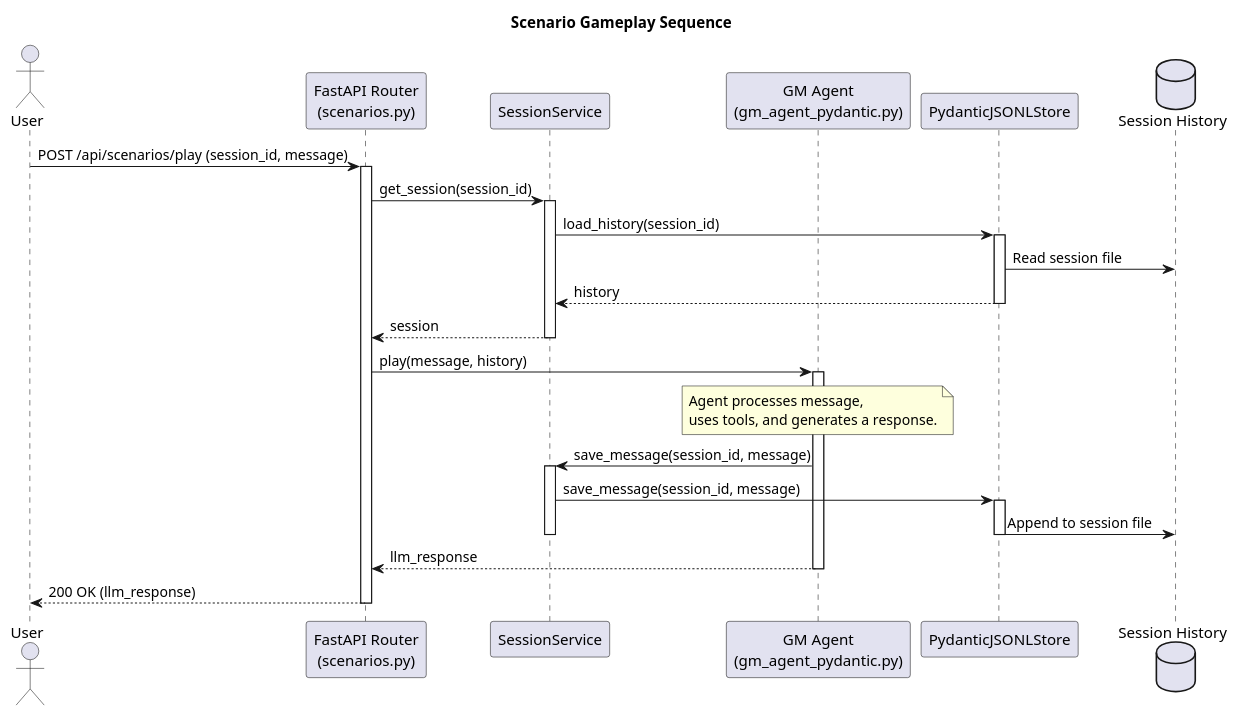
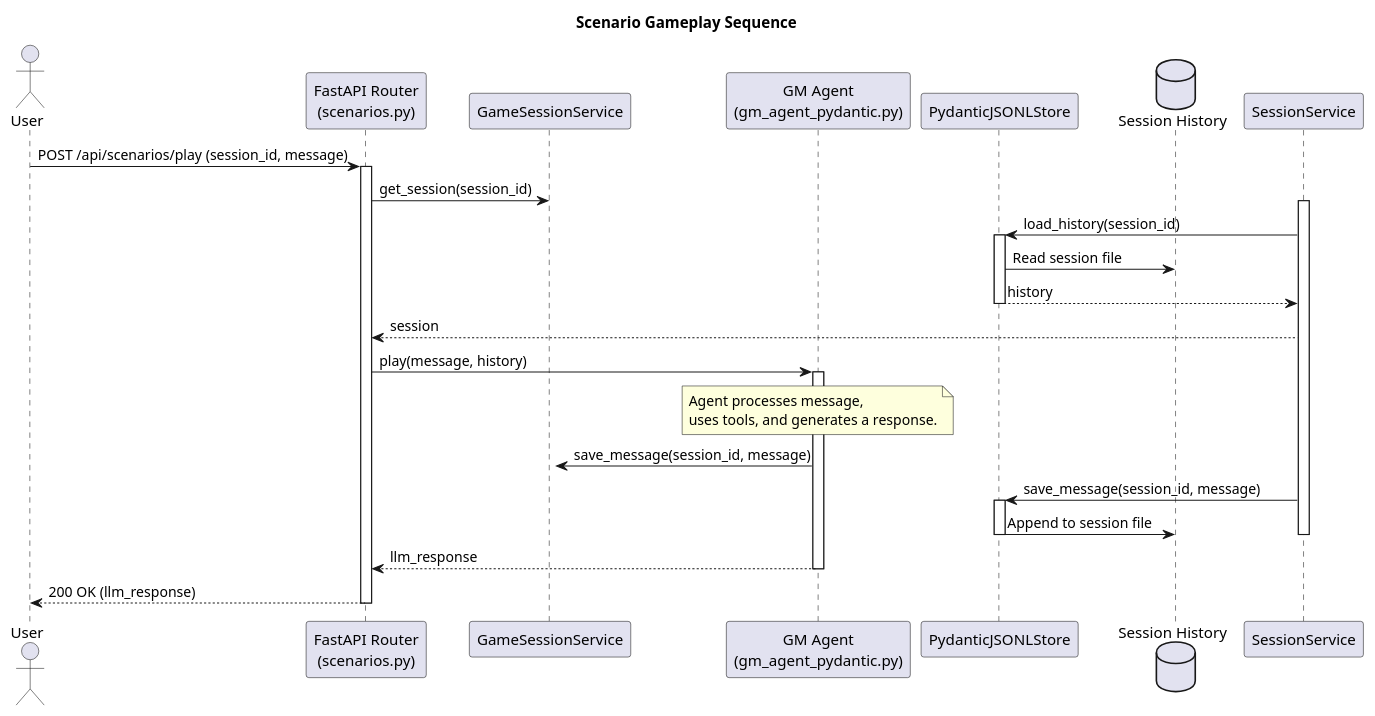
The diagram in docs/uml/sequence_scenario_gameplay.puml (cyberbobjr/jdr), drawn with PlantUML before and after one commit. The commit also changed 53 other files, not shown here.

First line of the commit message:
refactor: rename SessionService to GameSessionService in sequence diagram

```diff
--- a/docs/uml/sequence_scenario_gameplay.puml
+++ b/docs/uml/sequence_scenario_gameplay.puml
@@ -1,42 +1,42 @@
 @startuml
 title Scenario Gameplay Sequence
 
 actor User
 participant "FastAPI Router\n(scenarios.py)" as Router
-participant "SessionService" as SessionService
+participant "GameSessionService" as GameSessionService
 participant "GM Agent\n(gm_agent_pydantic.py)" as GmAgent
 participant "PydanticJSONLStore" as JsonlStore
 database "Session History" as SessionDB
 
 User -> Router: POST /api/scenarios/play (session_id, message)
 activate Router
-Router -> SessionService: get_session(session_id)
+Router -> GameSessionService: get_session(session_id)
 activate SessionService
 SessionService -> JsonlStore: load_history(session_id)
 activate JsonlStore
 JsonlStore -> SessionDB: Read session file
 JsonlStore --> SessionService: history
 deactivate JsonlStore
 SessionService --> Router: session
-deactivate SessionService
+deactivate GameSessionService
 
 Router -> GmAgent: play(message, history)
 activate GmAgent
 
 note over GmAgent: Agent processes message,\nuses tools, and generates a response.
 
-GmAgent -> SessionService: save_message(session_id, message)
-activate SessionService
+GmAgent -> GameSessionService: save_message(session_id, message)
+activate GameSessionService
 SessionService -> JsonlStore: save_message(session_id, message)
 activate JsonlStore
 JsonlStore -> SessionDB: Append to session file
 deactivate JsonlStore
 deactivate SessionService
 
 GmAgent --> Router: llm_response
 deactivate GmAgent
 
 Router --> User: 200 OK (llm_response)
 deactivate Router
 
 @enduml
```
